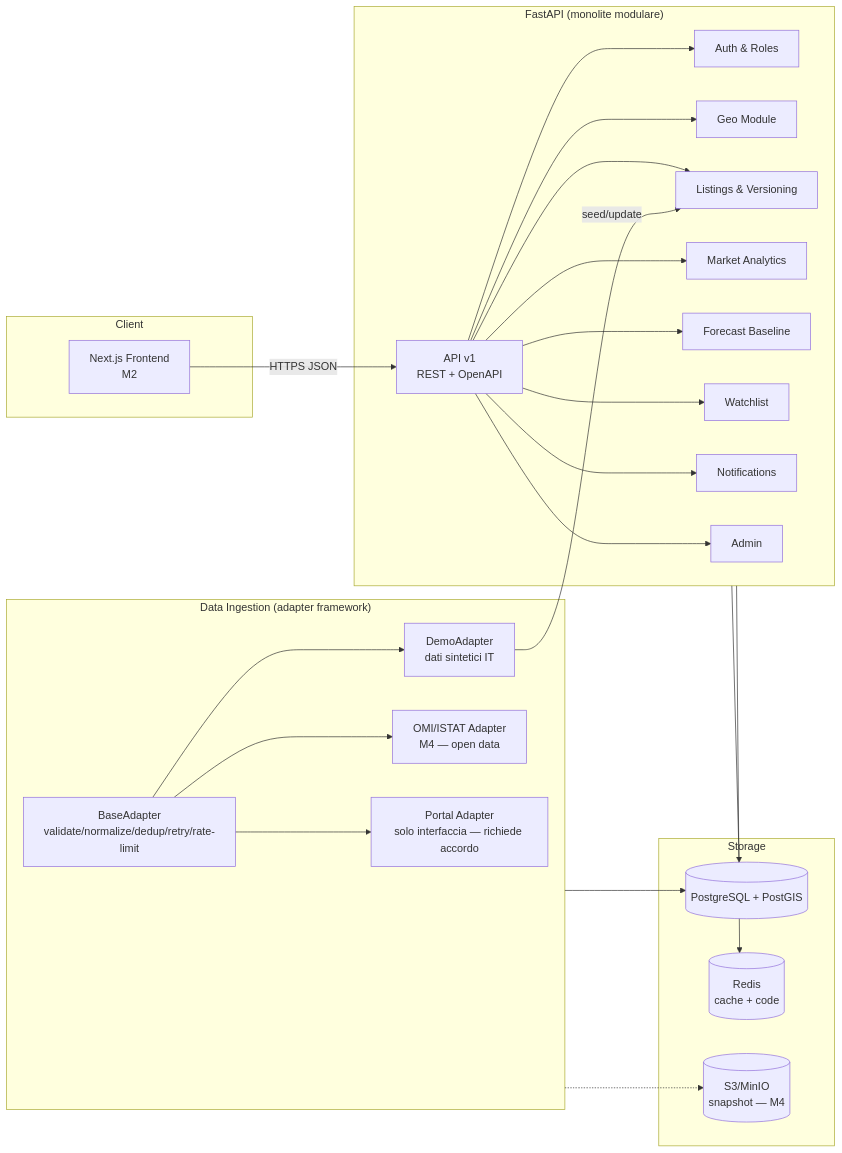
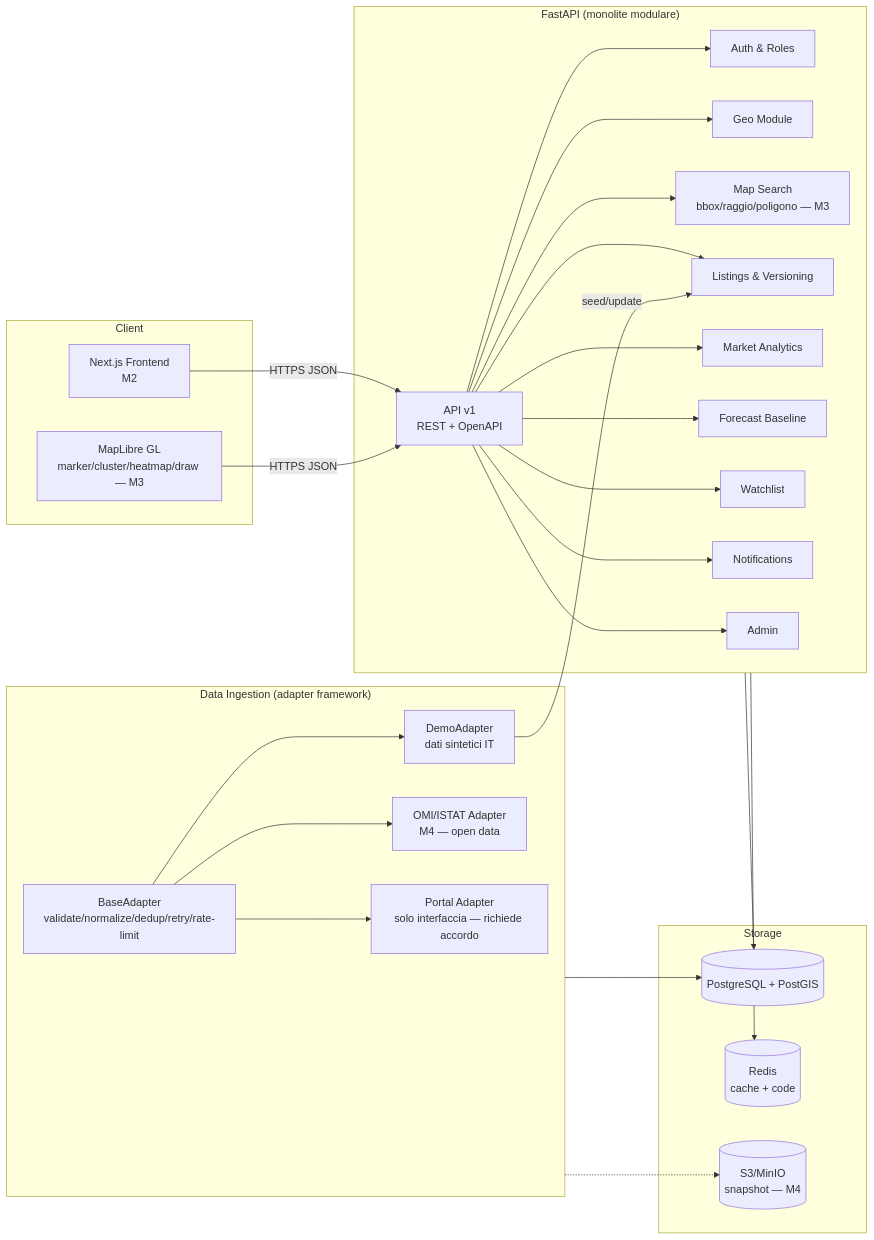
The first of 2 diagrams in remip/docs/ARCHITECTURE.md (danialbiz000/projectV1), drawn with Mermaid before and after one commit. The commit also changed other lines of this file and 20 other files, not shown here.

````diff
--- a/remip/docs/ARCHITECTURE.md
+++ b/remip/docs/ARCHITECTURE.md
@@ -7,36 +7,39 @@
 ```mermaid
 flowchart LR
     subgraph Client
         FE[Next.js Frontend<br/>M2]
+        MAP[MapLibre GL<br/>marker/cluster/heatmap/draw — M3]
     end
     subgraph Backend["FastAPI (monolite modulare)"]
         API[API v1<br/>REST + OpenAPI]
         AUTH[Auth & Roles]
         GEO[Geo Module]
+        MAPI[Map Search<br/>bbox/raggio/poligono — M3]
         LST[Listings & Versioning]
         MKT[Market Analytics]
         FC[Forecast Baseline]
         WL[Watchlist]
         NTF[Notifications]
         ADM[Admin]
     end
     subgraph Ingestion["Data Ingestion (adapter framework)"]
         BASE[BaseAdapter<br/>validate/normalize/dedup/retry/rate-limit]
         DEMO[DemoAdapter<br/>dati sintetici IT]
         OMI[OMI/ISTAT Adapter<br/>M4 — open data]
         PORTAL[Portal Adapter<br/>solo interfaccia — richiede accordo]
     end
     subgraph Storage
         PG[(PostgreSQL + PostGIS)]
         RD[(Redis<br/>cache + code)]
         S3[(S3/MinIO<br/>snapshot — M4)]
     end
     FE -->|HTTPS JSON| API
-    API --> AUTH & GEO & LST & MKT & FC & WL & NTF & ADM
+    MAP -->|HTTPS JSON| API
+    API --> AUTH & GEO & MAPI & LST & MKT & FC & WL & NTF & ADM
     BASE --> DEMO & OMI & PORTAL
     DEMO -->|seed/update| LST
     Backend --> PG
     Backend --> RD
     Ingestion --> PG
     Ingestion -.-> S3
 ```
````
